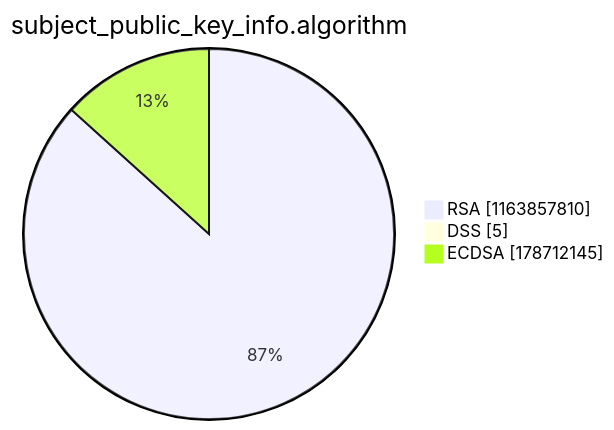
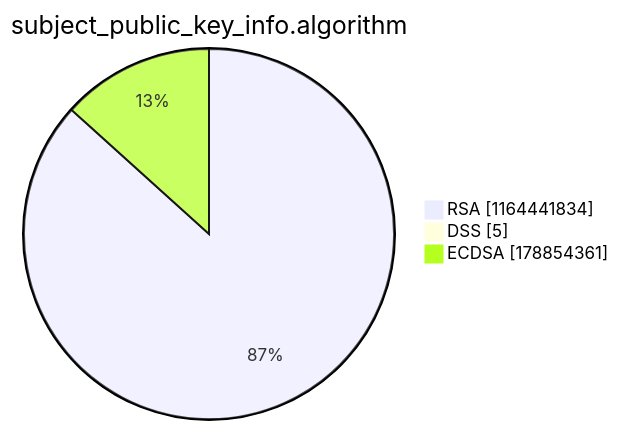
One commit to christiankrug/ctmonitor_visualization changed the third of 15 diagrams in argon2022/README.md. Above: the diagram before and after it, drawn with Mermaid. The commit also changed other lines of this file, not shown here.

````diff
--- a/argon2022/README.md
+++ b/argon2022/README.md
@@ -14,7 +14,7 @@
 ```mermaid
 pie showData
 title subject_public_key_info.algorithm
-"RSA" :1163857810
+"RSA" :1164441834
 "DSS" :5
-"ECDSA" :178712145
+"ECDSA" :178854361
 ```
````
